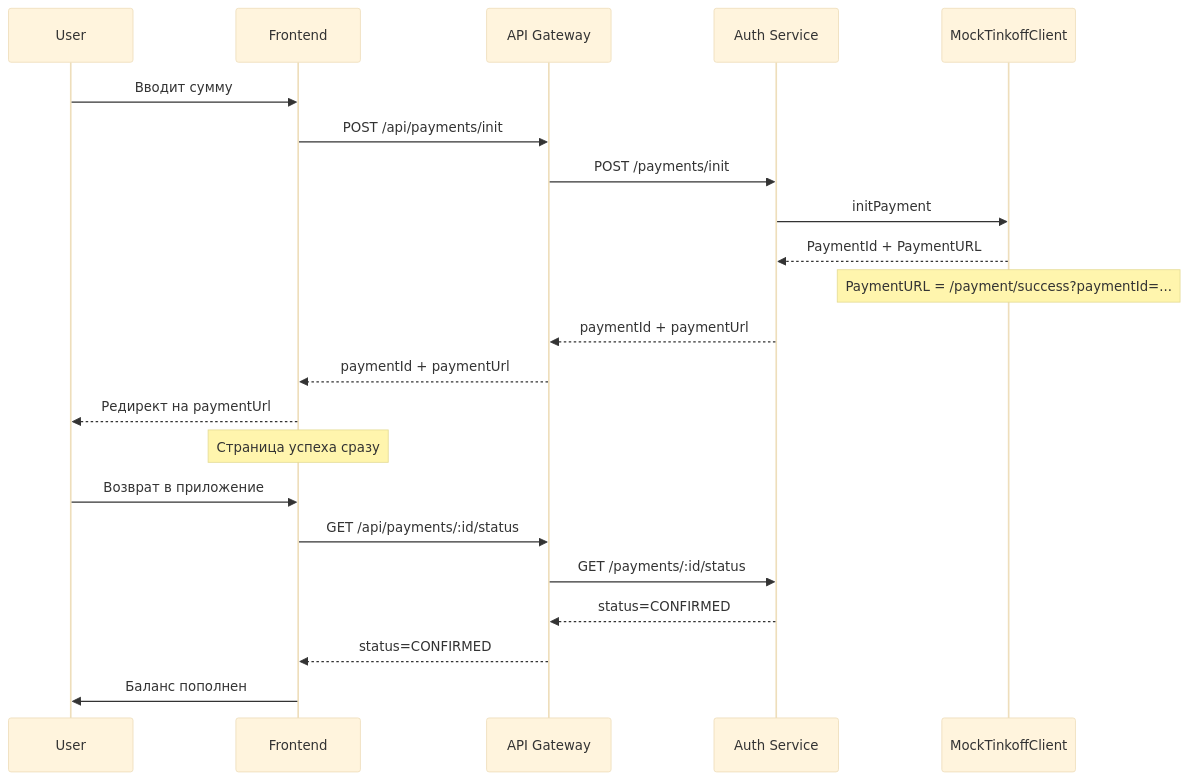
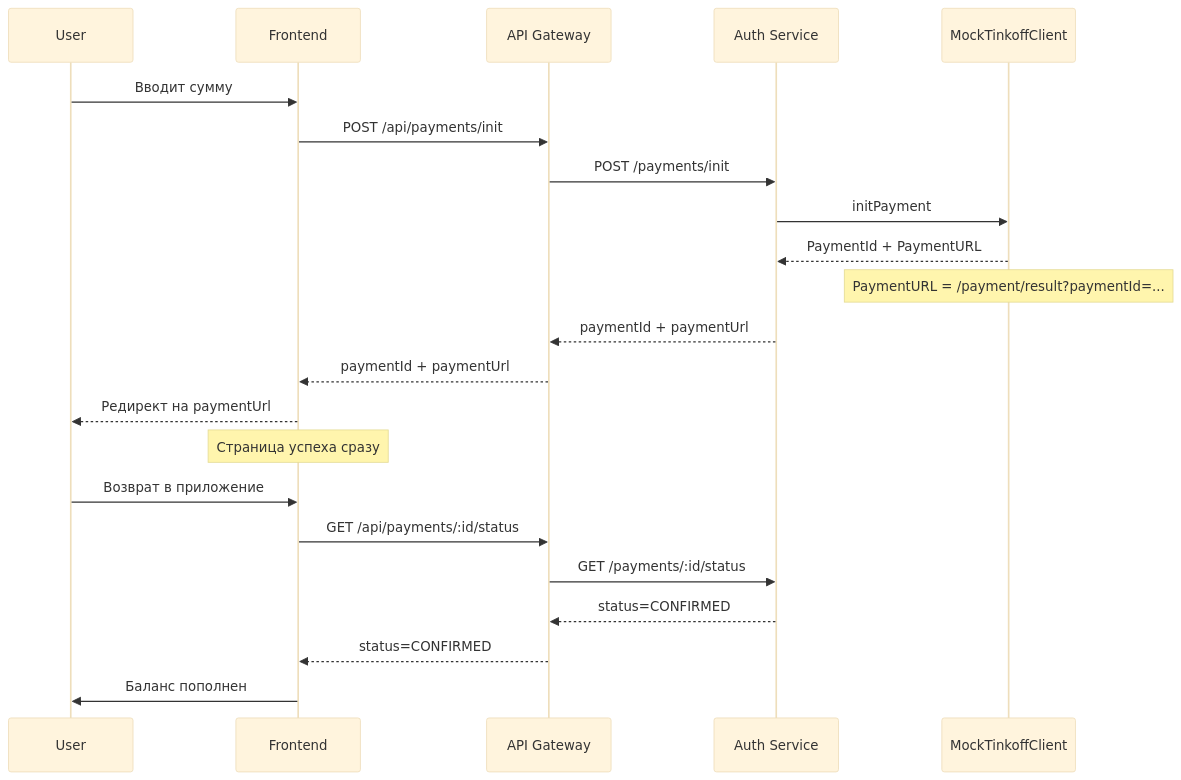
The diagram in doc/plans/tinkoff-mock-mode.md (azakharo/dream-fitness), drawn with Mermaid (base theme) before and after one commit. The commit also changed other lines of this file and 2 other files, not shown here.

````diff
--- a/doc/plans/tinkoff-mock-mode.md
+++ b/doc/plans/tinkoff-mock-mode.md
@@ -37,25 +37,25 @@
 ```mermaid
 sequenceDiagram
     participant U as User
     participant F as Frontend
     participant GW as API Gateway
     participant AS as Auth Service
     participant Mock as MockTinkoffClient
 
     U->>F: Вводит сумму
     F->>GW: POST /api/payments/init
     GW->>AS: POST /payments/init
     AS->>Mock: initPayment
     Mock-->>AS: PaymentId + PaymentURL
-    Note over Mock: PaymentURL = /payment/success?paymentId=...
+    Note over Mock: PaymentURL = /payment/result?paymentId=...
     AS-->>GW: paymentId + paymentUrl
     GW-->>F: paymentId + paymentUrl
     F-->>U: Редирект на paymentUrl
     Note over F: Страница успеха сразу
     U->>F: Возврат в приложение
     F->>GW: GET /api/payments/:id/status
     GW->>AS: GET /payments/:id/status
     AS-->>GW: status=CONFIRMED
     GW-->>F: status=CONFIRMED
     F->>U: Баланс пополнен
 ```
````
